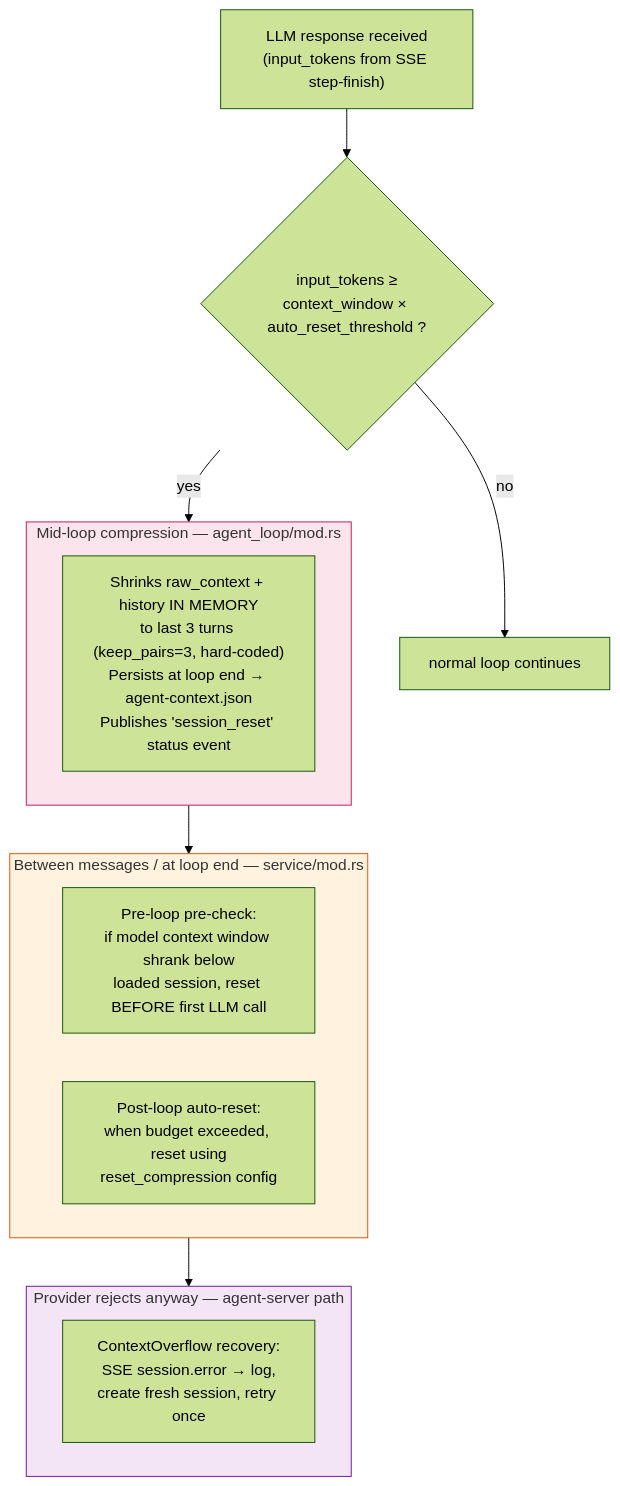
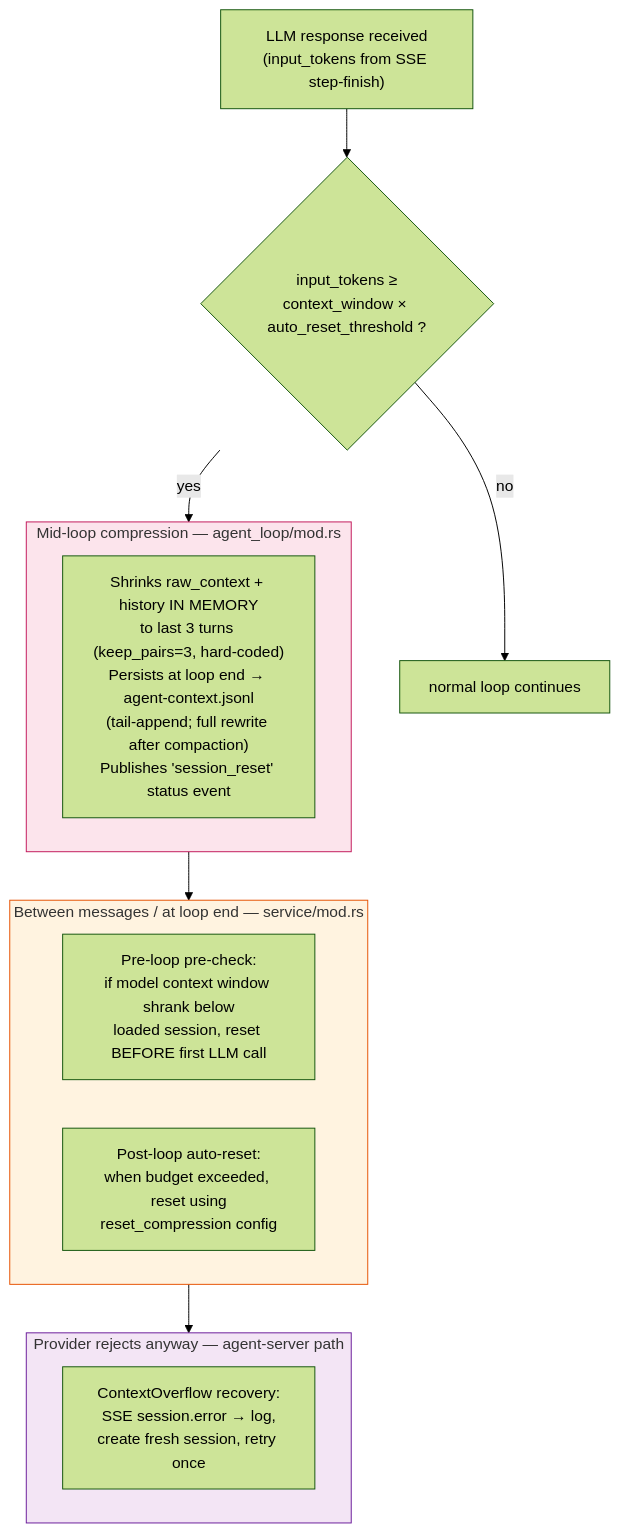
One commit to kingye/jyc changed the third of 3 diagrams in docs/architecture/context.md. Above: the diagram before and after it, drawn with Mermaid (forest theme). The commit also changed other lines of this file and 23 other files, not shown here.

First line of the commit message:
perf: raw context as append-only jsonl journal with parse cache (#930)

````diff
--- a/docs/architecture/context.md
+++ b/docs/architecture/context.md
@@ -311,23 +311,23 @@
 ```mermaid
 flowchart TD
     LLM["LLM response received<br/>(input_tokens from SSE step-finish)"]
     Q{"input_tokens ≥<br/>context_window × auto_reset_threshold ?"}
     subgraph Mid["Mid-loop compression — agent_loop/mod.rs"]
-        MID["Shrinks raw_context + history IN MEMORY<br/>to last 3 turns (keep_pairs=3, hard-coded)<br/>Persists at loop end → agent-context.json<br/>Publishes 'session_reset' status event"]
+        MID["Shrinks raw_context + history IN MEMORY<br/>to last 3 turns (keep_pairs=3, hard-coded)<br/>Persists at loop end → agent-context.jsonl<br/>(tail-append; full rewrite after compaction)<br/>Publishes 'session_reset' status event"]
     end
     subgraph Pre["Between messages / at loop end — service/mod.rs"]
         PRE["Pre-loop pre-check:<br/>if model context window shrank below<br/>loaded session, reset BEFORE first LLM call"]
         POST["Post-loop auto-reset:<br/>when budget exceeded, reset using<br/>reset_compression config"]
     end
     subgraph Rec["Provider rejects anyway — agent-server path"]
         REC["ContextOverflow recovery:<br/>SSE session.error → log,<br/>create fresh session, retry once"]
     end
     LLM --> Q
     Q -->|"yes"| Mid
     Mid --> Pre
     Pre --> Rec
     Q -->|"no"| NORMAL["normal loop continues"]
     style Mid fill:#fce4ec,stroke:#c2185b
     style Pre fill:#fff3e0,stroke:#e65100
     style Rec fill:#f3e5f5,stroke:#6a1b9a
 ```
````
